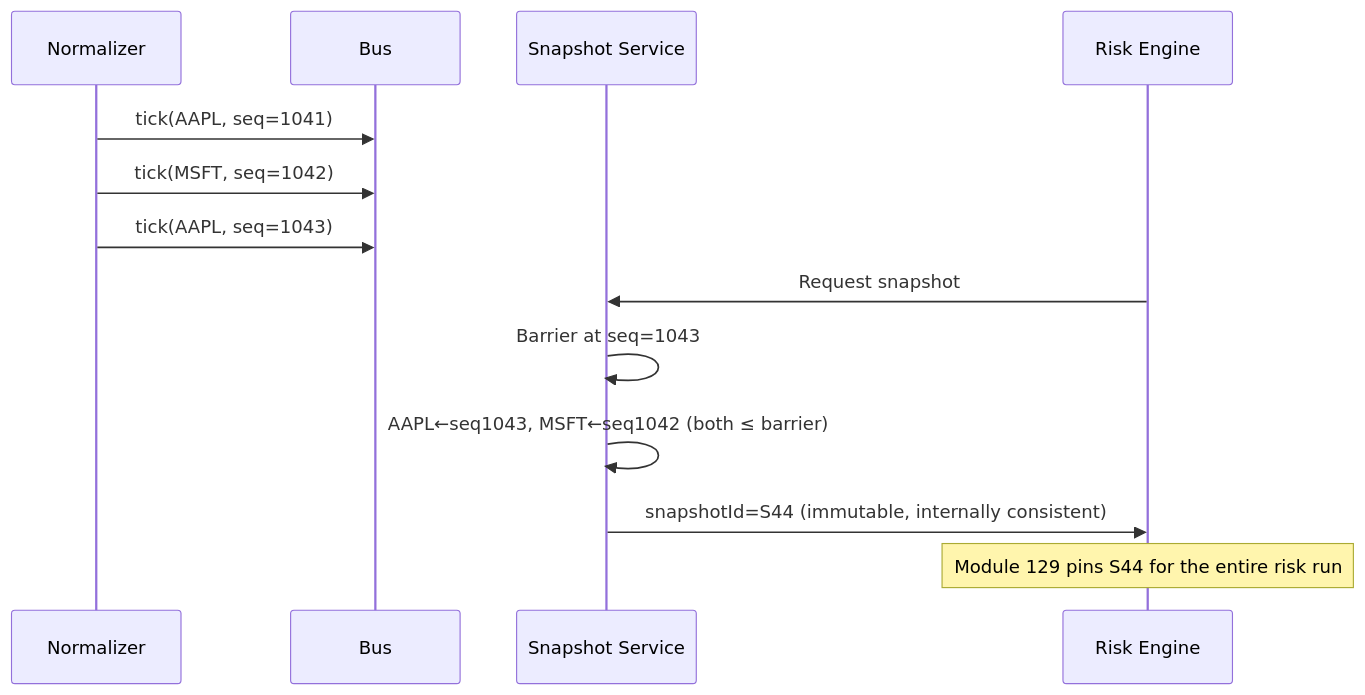
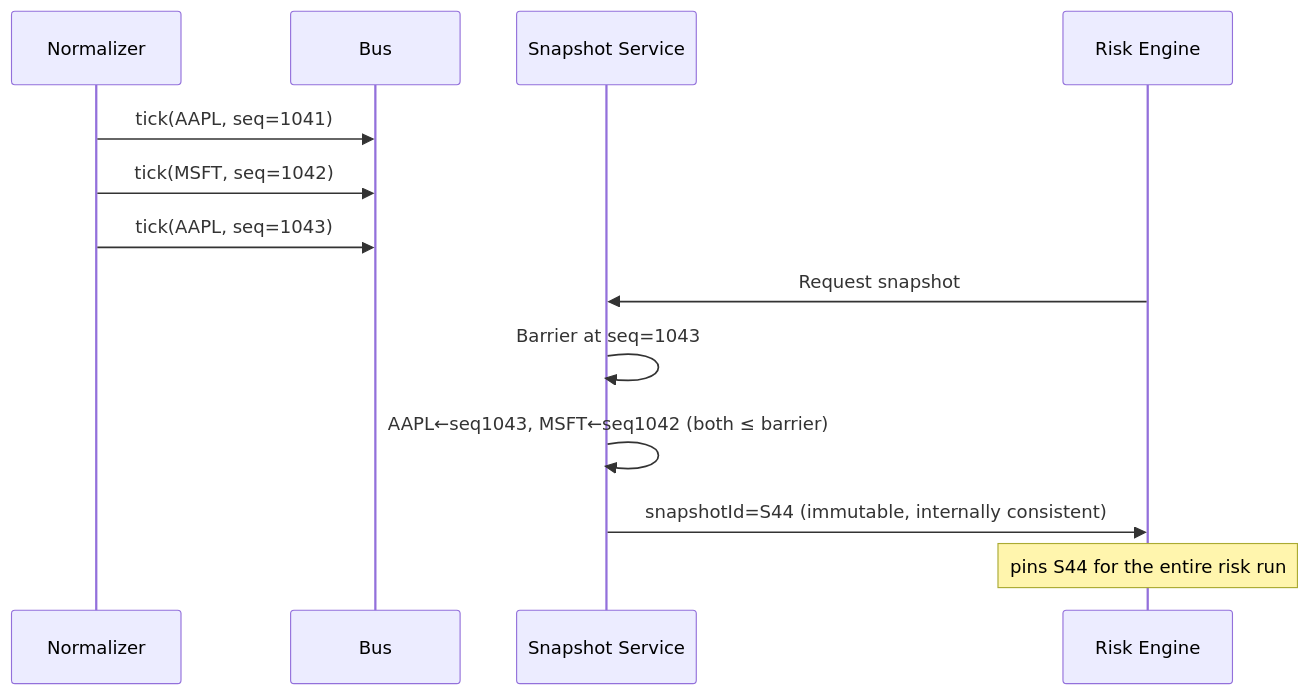
Before and after one commit to umashankarp/InterviewQuestions: the second of 4 diagrams in 14-System-Design/10-Designing-Market-Data-Distribution-Platform.md, drawn with Mermaid. The commit also changed other lines of this file and 173 other files, not shown here.

````diff
--- a/14-System-Design/10-Designing-Market-Data-Distribution-Platform.md
+++ b/14-System-Design/10-Designing-Market-Data-Distribution-Platform.md
@@ -85,16 +85,16 @@
 ```mermaid
 sequenceDiagram
-    participant N as Normalizer
-    participant B as Bus
-    participant S as Snapshot Service
-    participant R as Risk Engine
+ participant N as Normalizer
+ participant B as Bus
+ participant S as Snapshot Service
+ participant R as Risk Engine
 
-    N->>B: tick(AAPL, seq=1041)
-    N->>B: tick(MSFT, seq=1042)
-    N->>B: tick(AAPL, seq=1043)
-    R->>S: Request snapshot
-    S->>S: Barrier at seq=1043
-    S->>S: AAPL←seq1043, MSFT←seq1042 (both ≤ barrier)
-    S->>R: snapshotId=S44 (immutable, internally consistent)
-    Note over R: Module 129 pins S44 for the entire risk run
+ N->>B: tick(AAPL, seq=1041)
+ N->>B: tick(MSFT, seq=1042)
+ N->>B: tick(AAPL, seq=1043)
+ R->>S: Request snapshot
+ S->>S: Barrier at seq=1043
+ S->>S: AAPL←seq1043, MSFT←seq1042 (both ≤ barrier)
+ S->>R: snapshotId=S44 (immutable, internally consistent)
+ Note over R: pins S44 for the entire risk run
 ```
````
